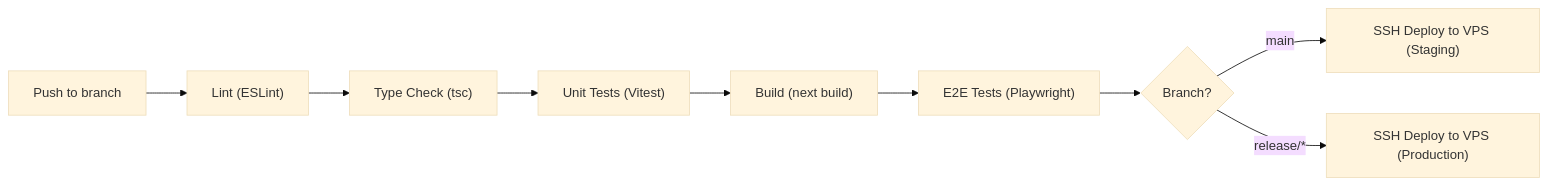
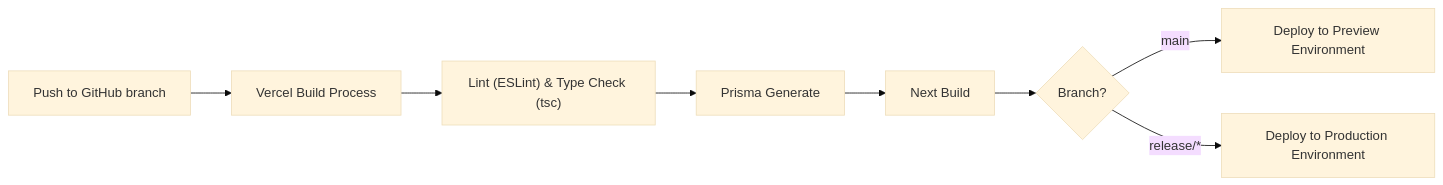
The eighth of 8 diagrams in docs/TDD.md (alchemista27/sim-alfida), drawn with Mermaid (base theme) before and after one commit. The commit also changed other lines of this file and 21 other files, not shown here.

Commit message:
docs: update academic module architecture, schema, sprint plan, and shift to serverless deployment

````diff
--- a/docs/TDD.md
+++ b/docs/TDD.md
@@ -851,11 +1231,10 @@
 ```mermaid
 flowchart LR
-    A["Push to branch"] --> B["Lint (ESLint)"]
-    B --> C["Type Check (tsc)"]
-    C --> D["Unit Tests (Vitest)"]
-    D --> E["Build (next build)"]
-    E --> F["E2E Tests (Playwright)"]
-    F --> G{"Branch?"}
-    G -- main --> H["SSH Deploy to VPS (Staging)"]
-    G -- release/* --> I["SSH Deploy to VPS (Production)"]
+    A["Push to GitHub branch"] --> B["Vercel Build Process"]
+    B --> C["Lint (ESLint) & Type Check (tsc)"]
+    C --> D["Prisma Generate"]
+    D --> E["Next Build"]
+    E --> F{"Branch?"}
+    F -- main --> G["Deploy to Preview Environment"]
+    F -- release/* --> H["Deploy to Production Environment"]
 ```
````
